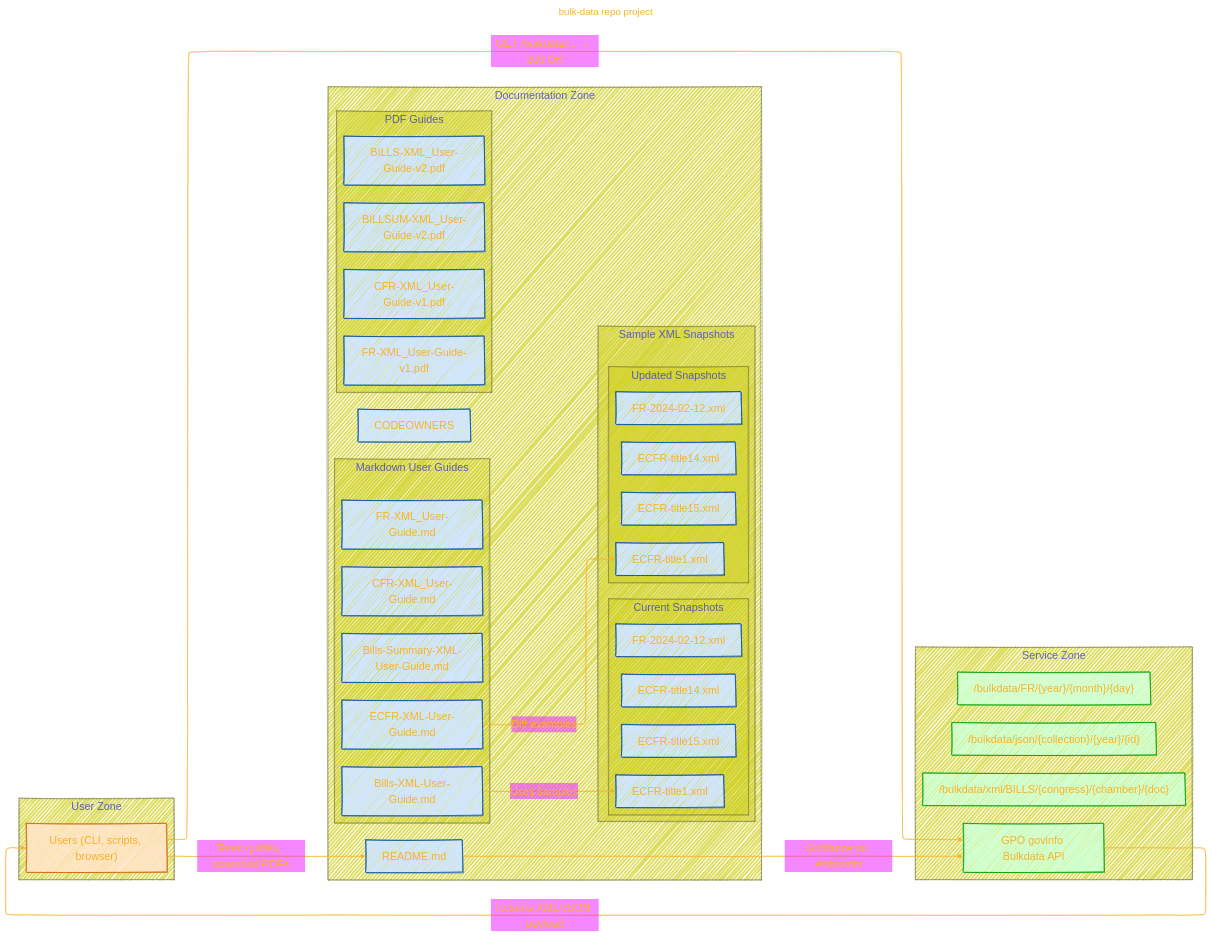
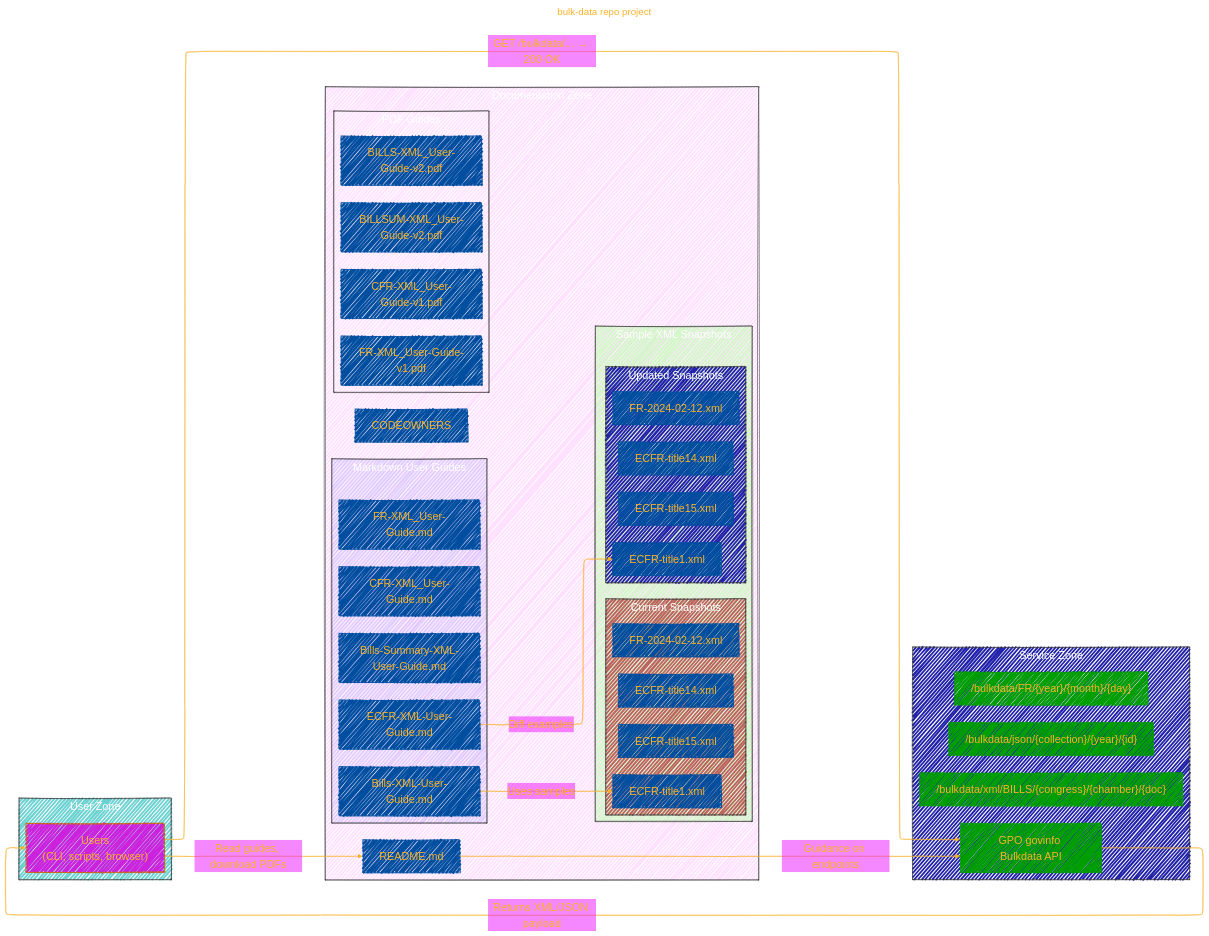
Before and after one commit to CongLeSolutionX/ArchExplorer: the first of 2 diagrams in usgpo/bulk-data.md, drawn with Mermaid.

Commit message:
update notes

````diff
--- a/usgpo/bulk-data.md
+++ b/usgpo/bulk-data.md
@@ -75,58 +75,70 @@
   }
 }%%
 flowchart LR
-    %% Documentation Zone
-    subgraph "Documentation Zone"
-        direction TB
-        README["README.md"]:::doc
-        CODEOWNERS["CODEOWNERS"]:::doc
-        subgraph "Markdown User Guides"
-            direction TB
-            BILLSGuide["Bills-XML-User-Guide.md"]:::doc
-            BILLSSummaryGuide["Bills-Summary-XML-User-Guide.md"]:::doc
-            CFRGuide["CFR-XML_User-Guide.md"]:::doc
-            ECFRGuide["ECFR-XML-User-Guide.md"]:::doc
-            FRGuide["FR-XML_User-Guide.md"]:::doc
-        end
-        subgraph "PDF Guides"
-            direction TB
-            pdfBILLS["BILLS-XML_User-Guide-v2.pdf"]:::doc
-            pdfBILLSUM["BILLSUM-XML_User-Guide-v2.pdf"]:::doc
-            pdfCFR["CFR-XML_User-Guide-v1.pdf"]:::doc
-            pdfFR["FR-XML_User-Guide-v1.pdf"]:::doc
-        end
-        subgraph "Sample XML Snapshots"
-            direction TB
-            subgraph "Current Snapshots"
-                direction TB
-                curECFR1["ECFR-title1.xml"]:::doc
-                curECFR14["ECFR-title14.xml"]:::doc
-                curECFR15["ECFR-title15.xml"]:::doc
-                curFR["FR-2024-02-12.xml"]:::doc
-            end
-            subgraph "Updated Snapshots"
-                direction TB
-                updECFR1["ECFR-title1.xml"]:::doc
-                updECFR14["ECFR-title14.xml"]:::doc
-                updECFR15["ECFR-title15.xml"]:::doc
-                updFR["FR-2024-02-12.xml"]:::doc
-            end
-        end
+    subgraph Documentation_Zone["Documentation Zone"]
+    style Documentation_Zone fill:#F2F2,stroke:#333,stroke-width:1px, color: #FFFF
+    direction TB
+      README["README.md"]:::doc
+      CODEOWNERS["CODEOWNERS"]:::doc
+
+      subgraph Markdown_User_Guides["Markdown User Guides"]
+      style Markdown_User_Guides fill:#22F2,stroke:#333,stroke-width:1px, color: #FFFF
+      direction TB
+        BILLSGuide["Bills-XML-User-Guide.md"]:::doc
+        BILLSSummaryGuide["Bills-Summary-XML-User-Guide.md"]:::doc
+        CFRGuide["CFR-XML_User-Guide.md"]:::doc
+        ECFRGuide["ECFR-XML-User-Guide.md"]:::doc
+        FRGuide["FR-XML_User-Guide.md"]:::doc
+      end
+
+      subgraph PDF_Guides["PDF Guides"]
+      style PDF_Guides fill:#FFF2,stroke:#333,stroke-width:1px, color: #FFFF
+      direction TB
+          pdfBILLS["BILLS-XML_User-Guide-v2.pdf"]:::doc
+          pdfBILLSUM["BILLSUM-XML_User-Guide-v2.pdf"]:::doc
+          pdfCFR["CFR-XML_User-Guide-v1.pdf"]:::doc
+          pdfFR["FR-XML_User-Guide-v1.pdf"]:::doc
+      end
+
+      subgraph Sample_XML_Snapshots["Sample XML Snapshots"]
+      style Sample_XML_Snapshots fill:#BFAA,stroke:#333,stroke-width:1px, color: #FFFF
+      direction TB
+
+          subgraph Current_Snapshots["Current Snapshots"]
+          style Current_Snapshots fill:#A22A,stroke:#333,stroke-width:1px, color: #FFFF
+          direction TB
+            curECFR1["ECFR-title1.xml"]:::doc
+            curECFR14["ECFR-title14.xml"]:::doc
+            curECFR15["ECFR-title15.xml"]:::doc
+            curFR["FR-2024-02-12.xml"]:::doc
+          end
+
+          subgraph Updated_Snapshots["Updated Snapshots"]
+          style Updated_Snapshots fill:#22A,stroke:#333,stroke-width:1px, color: #FFFF
+          direction TB
+            updECFR1["ECFR-title1.xml"]:::doc
+            updECFR14["ECFR-title14.xml"]:::doc
+            updECFR15["ECFR-title15.xml"]:::doc
+            updFR["FR-2024-02-12.xml"]:::doc
+          end
+      end
     end
 
     %% Service Zone
-    subgraph "Service Zone"
-        direction TB
-        API["GPO govinfo Bulkdata API"]:::api
-        BillsEndpoint["/bulkdata/xml/BILLS/{congress}/{chamber}/{doc}"]:::api
-        JSONEndpoint["/bulkdata/json/{collection}/{year}/{id}"]:::api
-        FREndpoint["/bulkdata/FR/{year}/{month}/{day}"]:::api
+    subgraph Service_Zone["Service Zone"]
+    style Service_Zone fill:#22A,stroke:#333,stroke-width:1px, color: #FFFF
+    direction TB
+      API["GPO govinfo Bulkdata API"]:::api
+      BillsEndpoint["/bulkdata/xml/BILLS/{congress}/{chamber}/{doc}"]:::api
+      JSONEndpoint["/bulkdata/json/{collection}/{year}/{id}"]:::api
+      FREndpoint["/bulkdata/FR/{year}/{month}/{day}"]:::api
     end
 
     %% User Zone
-    subgraph "User Zone"
-        direction TB
-        User["Users (CLI, scripts, browser)"]:::user
+    subgraph User_Zone["User Zone"]
+    style User_Zone fill:#2BBA,stroke:#333,stroke-width:1px, color: #FFFF
+    direction TB
+      User["Users<br/>(CLI, scripts, browser)"]:::user
     end
 
     %% Connections
@@ -159,9 +171,9 @@
     click updFR "https://github.com/usgpo/bulk-data/blob/main/ndash-changes-March2024/updated/FR-2024-02-12.xml"
 
     %% Styles
-    classDef doc fill:#D0E6FF,stroke:#004E9F
-    classDef api fill:#D0FFD0,stroke:#009F00
-    classDef user fill:#FFE4C4,stroke:#CC6600
+    classDef doc fill:#004E9F,stroke:#004E9F
+    classDef api fill:#009F00,stroke:#009F00
+    classDef user fill:#C2DF,stroke:#CC6600
 
 
 ```
````
